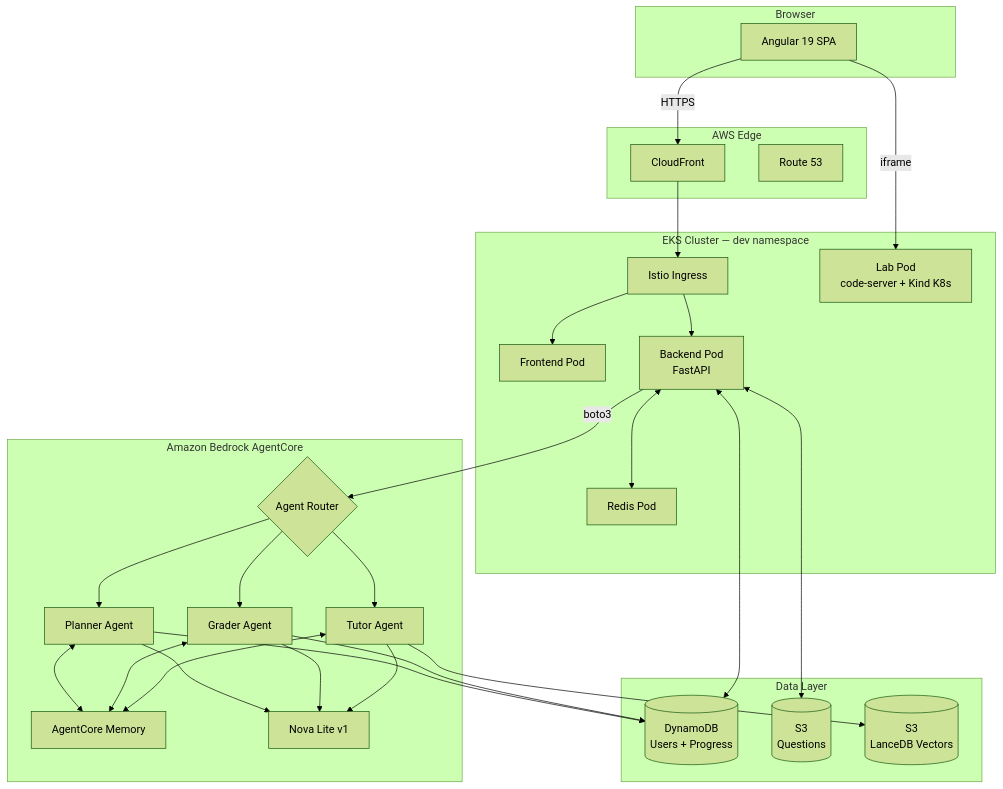
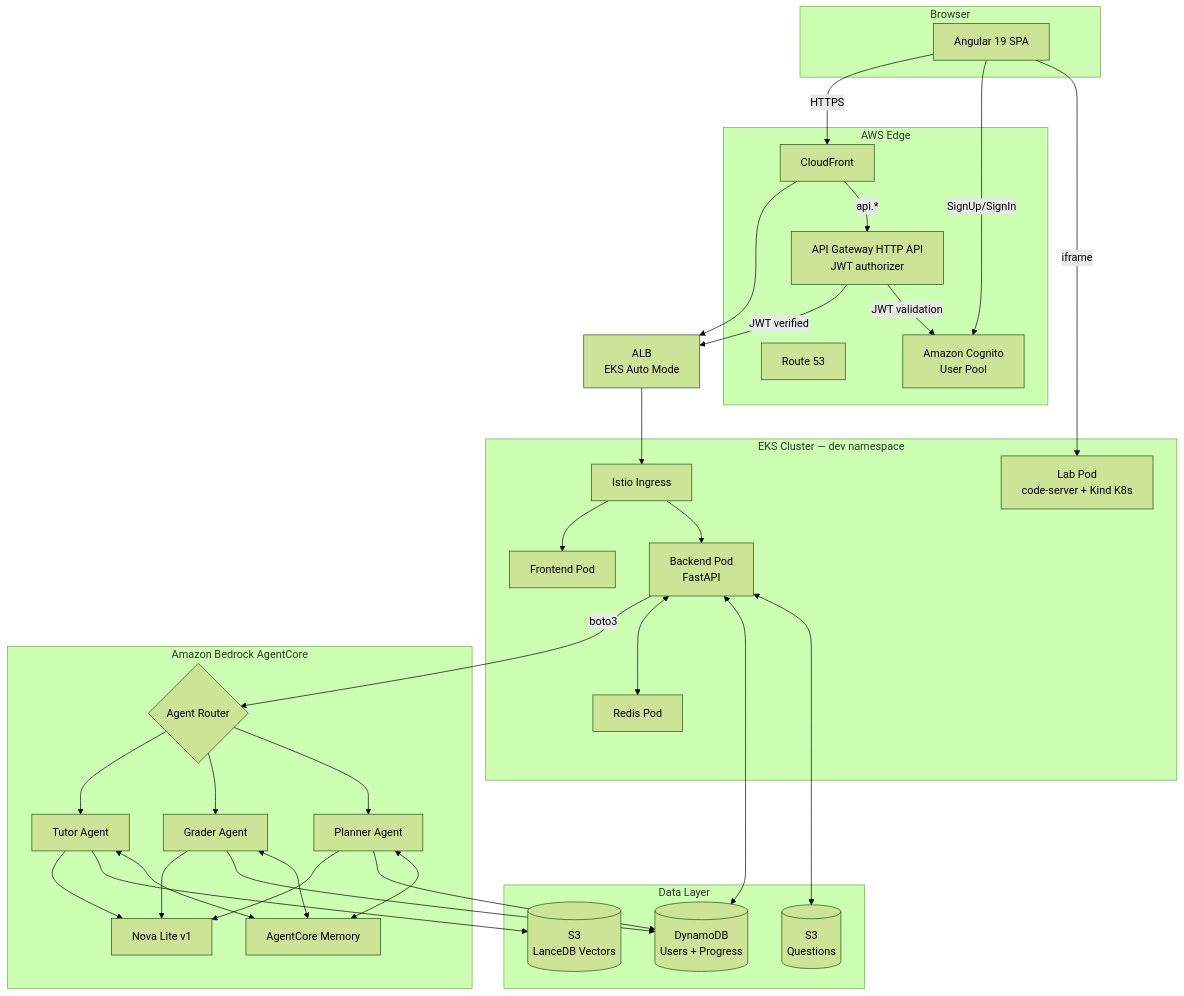
The second of 6 diagrams in README.md (mohamedsorour1998/RosettaCloud), drawn with Mermaid (forest theme) before and after one commit. The commit also changed other lines of this file and 17 other files, not shown here.

First line of the commit message:
docs: update READMEs and CLAUDE.md — ALB arch, Cognito auth, cleanup

````diff
--- a/README.md
+++ b/README.md
@@ -123,51 +123,58 @@
 ```mermaid
 graph TB
     subgraph Client["Browser"]
         UI[Angular 19 SPA]
     end
 
     subgraph CDN["AWS Edge"]
         CF[CloudFront]
         R53[Route 53]
+        AGW[API Gateway HTTP API<br/>JWT authorizer]
+        Cognito[Amazon Cognito<br/>User Pool]
     end
 
     subgraph K8S["EKS Cluster — dev namespace"]
         Istio[Istio Ingress]
         FE[Frontend Pod]
         BE[Backend Pod<br/>FastAPI]
         Redis[Redis Pod]
         Lab[Lab Pod<br/>code-server + Kind K8s]
     end
 
     subgraph AI["Amazon Bedrock AgentCore"]
         Router{Agent Router}
         Tutor[Tutor Agent]
         Grader[Grader Agent]
         Planner[Planner Agent]
         Memory[AgentCore Memory]
         Nova[Nova Lite v1]
     end
 
     subgraph Data["Data Layer"]
         DDB[(DynamoDB<br/>Users + Progress)]
         S3Q[(S3<br/>Questions)]
         S3V[(S3<br/>LanceDB Vectors)]
     end
 
     UI -->|HTTPS| CF
-    CF --> Istio
+    CF --> ALB[ALB<br/>EKS Auto Mode]
+    CF -->|api.*| AGW
+    AGW -->|JWT verified| ALB
+    ALB --> Istio
     Istio --> FE
     Istio --> BE
+    UI -->|SignUp/SignIn| Cognito
+    AGW -->|JWT validation| Cognito
     BE -->|boto3| Router
     BE <--> Redis
     BE <--> DDB
     BE <--> S3Q
     Router --> Tutor
     Router --> Grader
     Router --> Planner
     Tutor & Grader & Planner --> Nova
     Tutor --> S3V
     Grader & Planner --> DDB
     Tutor & Grader & Planner <--> Memory
     UI -->|iframe| Lab
 ```
````
